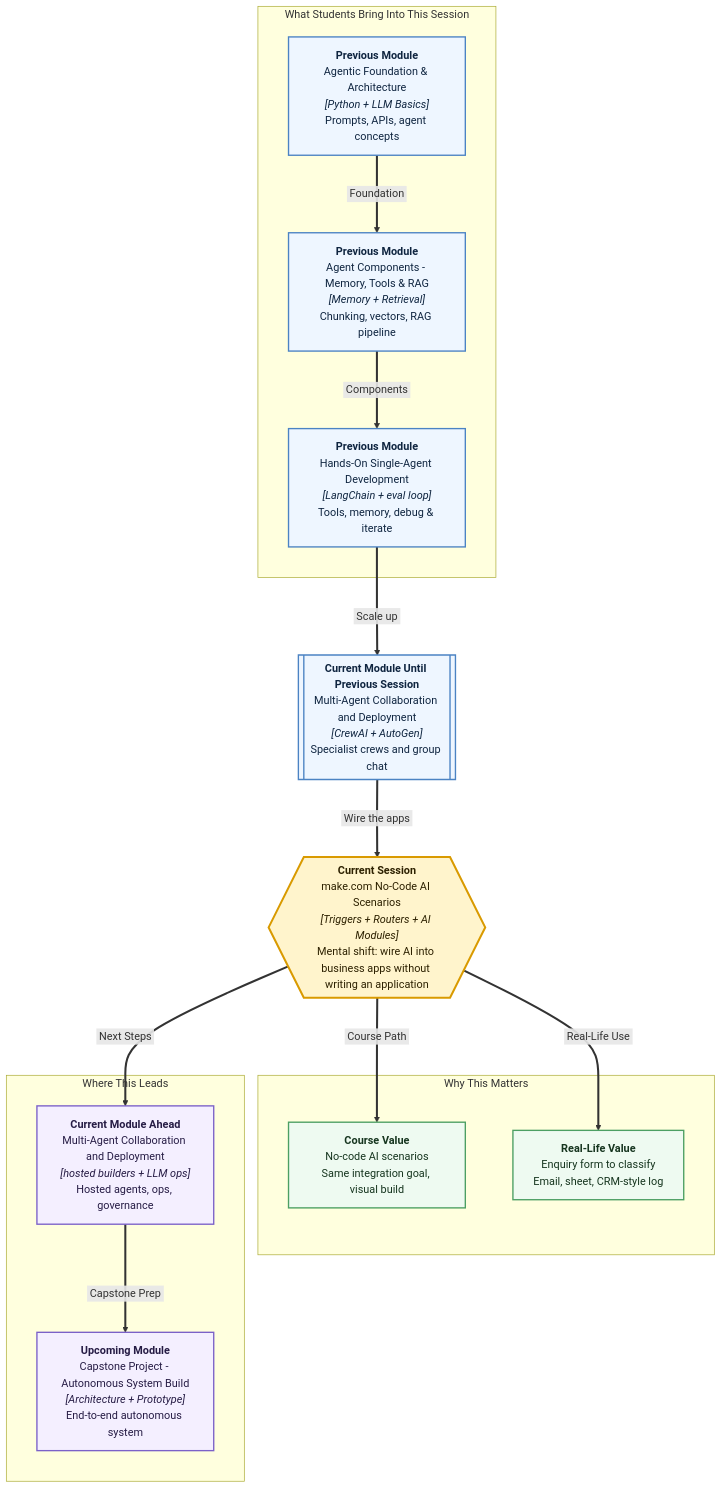
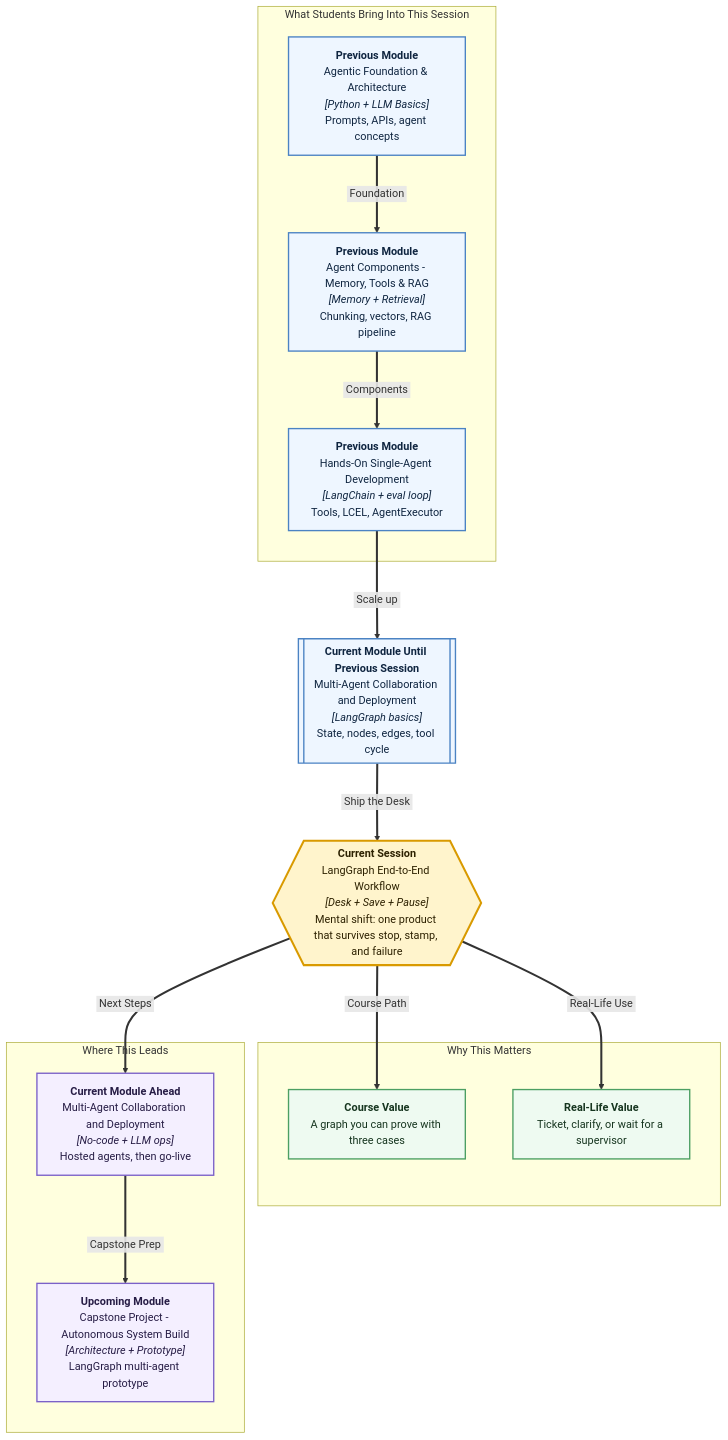
One commit to ABVenu/IIT_Sessions_Content changed the diagram in iitr-as-260313/Module 4/Session44/Mental Map.md. Above: the diagram before and after it, drawn with Mermaid. The commit also changed 19 other files, not shown here.

````diff
--- a/iitr-as-260313/Module 4/Session44/Mental Map.md
+++ b/iitr-as-260313/Module 4/Session44/Mental Map.md
@@ -1,43 +1,43 @@
 ```mermaid
 %%{init: {"flowchart": {"nodeSpacing": 70, "rankSpacing": 90, "diagramPadding": 24}} }%%
 flowchart TB
   subgraph Foundation["What Students Bring Into This Session"]
     M1["<b>Previous Module</b><br/>Agentic Foundation & Architecture<br/><i>[Python + LLM Basics]</i><br/>Prompts, APIs, agent concepts"]
     M2["<b>Previous Module</b><br/>Agent Components - Memory, Tools & RAG<br/><i>[Memory + Retrieval]</i><br/>Chunking, vectors, RAG pipeline"]
-    M3["<b>Previous Module</b><br/>Hands-On Single-Agent Development<br/><i>[LangChain + eval loop]</i><br/>Tools, memory, debug & iterate"]
+    M3["<b>Previous Module</b><br/>Hands-On Single-Agent Development<br/><i>[LangChain + eval loop]</i><br/>Tools, LCEL, AgentExecutor"]
   end
 
-  CM[["<b>Current Module Until Previous Session</b><br/>Multi-Agent Collaboration and Deployment<br/><i>[CrewAI + AutoGen]</i><br/>Specialist crews and group chat"]]
+  CM[["<b>Current Module Until Previous Session</b><br/>Multi-Agent Collaboration and Deployment<br/><i>[LangGraph basics]</i><br/>State, nodes, edges, tool cycle"]]
 
-  CS{{"<b>Current Session</b><br/>make.com No-Code AI Scenarios<br/><i>[Triggers + Routers + AI Modules]</i><br/>Mental shift: wire AI into business apps without writing an application"}}
+  CS{{"<b>Current Session</b><br/>LangGraph End-to-End Workflow<br/><i>[Desk + Save + Pause]</i><br/>Mental shift: one product that survives stop, stamp, and failure"}}
 
   subgraph Value["Why This Matters"]
-    CV["<b>Course Value</b><br/>No-code AI scenarios<br/>Same integration goal, visual build"]
-    RV["<b>Real-Life Value</b><br/>Enquiry form to classify<br/>Email, sheet, CRM-style log"]
+    CV["<b>Course Value</b><br/>A graph you can prove with three cases"]
+    RV["<b>Real-Life Value</b><br/>Ticket, clarify, or wait for a supervisor"]
   end
 
   subgraph Future["Where This Leads"]
-    F4["<b>Current Module Ahead</b><br/>Multi-Agent Collaboration and Deployment<br/><i>[hosted builders + LLM ops]</i><br/>Hosted agents, ops, governance"]
-    F5["<b>Upcoming Module</b><br/>Capstone Project - Autonomous System Build<br/><i>[Architecture + Prototype]</i><br/>End-to-end autonomous system"]
+    F4["<b>Current Module Ahead</b><br/>Multi-Agent Collaboration and Deployment<br/><i>[No-code + LLM ops]</i><br/>Hosted agents, then go-live"]
+    F5["<b>Upcoming Module</b><br/>Capstone Project - Autonomous System Build<br/><i>[Architecture + Prototype]</i><br/>LangGraph multi-agent prototype"]
   end
 
   M1 ==>|&nbsp;Foundation&nbsp;| M2
   M2 ==>|&nbsp;Components&nbsp;| M3
   M3 ==>|&nbsp;Scale up&nbsp;| CM
-  CM ==>|&nbsp;Wire the apps&nbsp;| CS
+  CM ==>|&nbsp;Ship the Desk&nbsp;| CS
   CS ==>|&nbsp;Course Path&nbsp;| CV
   CS ==>|&nbsp;Real-Life Use&nbsp;| RV
   CS ==>|&nbsp;Next Steps&nbsp;| F4
   F4 ==>|&nbsp;Capstone Prep&nbsp;| F5
 
   classDef previous fill:#eef6ff,stroke:#4b83c3,stroke-width:2px,color:#0f2540;
   classDef current fill:#fff4cc,stroke:#d99a00,stroke-width:3px,color:#2d2100;
   classDef value fill:#eefaf1,stroke:#4c9f63,stroke-width:2px,color:#16351f;
   classDef future fill:#f4efff,stroke:#7b61c8,stroke-width:2px,color:#261c45;
 
   class M1,M2,M3,CM previous;
   class CS current;
   class CV,RV value;
   class F4,F5 future;
   linkStyle default stroke-width:3px;
 ```
````
